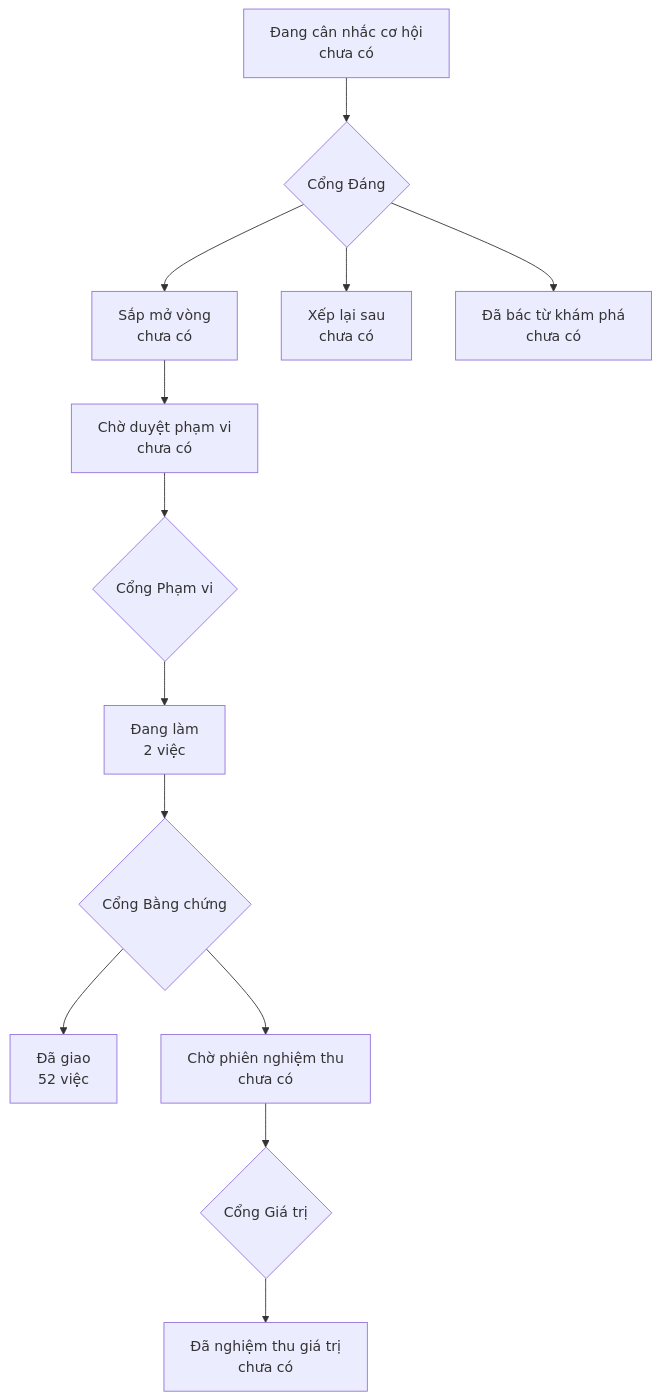
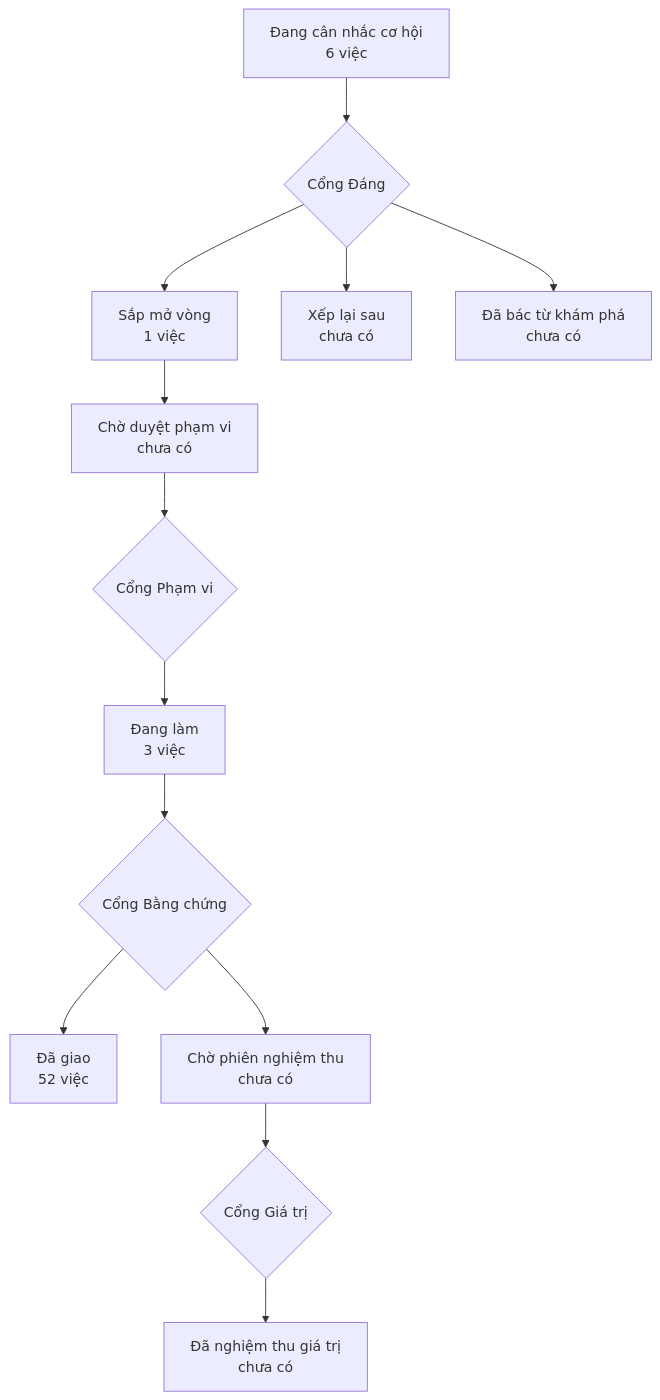
The diagram in PRODUCT-MAP.md (phanlemanh/acceptance-gate-kit), drawn with Mermaid before and after one commit. The commit also changed other lines of this file and 19 other files, not shown here.

Commit message:
feat(vao-co-o-ra-co-ten): ý chưa ngưỡng là «đang cân nhắc», không phải cổng — start-scan groups.considering; START-CAN-NHAC + START-HIEU-KET thay con trỏ chết grill; 7 hạt giống kit vào ô; VC1–VC8; bản đồ vẽ lại

````diff
--- a/PRODUCT-MAP.md
+++ b/PRODUCT-MAP.md
@@ -6,12 +6,12 @@
 ```mermaid
 flowchart TD
-  A["Đang cân nhắc cơ hội<br/>chưa có"] --> GD{"Cổng Đáng"}
-  GD --> B["Sắp mở vòng<br/>chưa có"]
+  A["Đang cân nhắc cơ hội<br/>6 việc"] --> GD{"Cổng Đáng"}
+  GD --> B["Sắp mở vòng<br/>1 việc"]
   GD --> XL["Xếp lại sau<br/>chưa có"]
   GD --> DB["Đã bác từ khám phá<br/>chưa có"]
   B --> CD["Chờ duyệt phạm vi<br/>chưa có"] --> GP{"Cổng Phạm vi"}
-  GP --> DL["Đang làm<br/>2 việc"] --> GB{"Cổng Bằng chứng"}
+  GP --> DL["Đang làm<br/>3 việc"] --> GB{"Cổng Bằng chứng"}
   GB --> DG["Đã giao<br/>52 việc"]
   GB --> CN["Chờ phiên nghiệm thu<br/>chưa có"] --> GG{"Cổng Giá trị"}
   GG --> NT["Đã nghiệm thu giá trị<br/>chưa có"]
 ```
````
